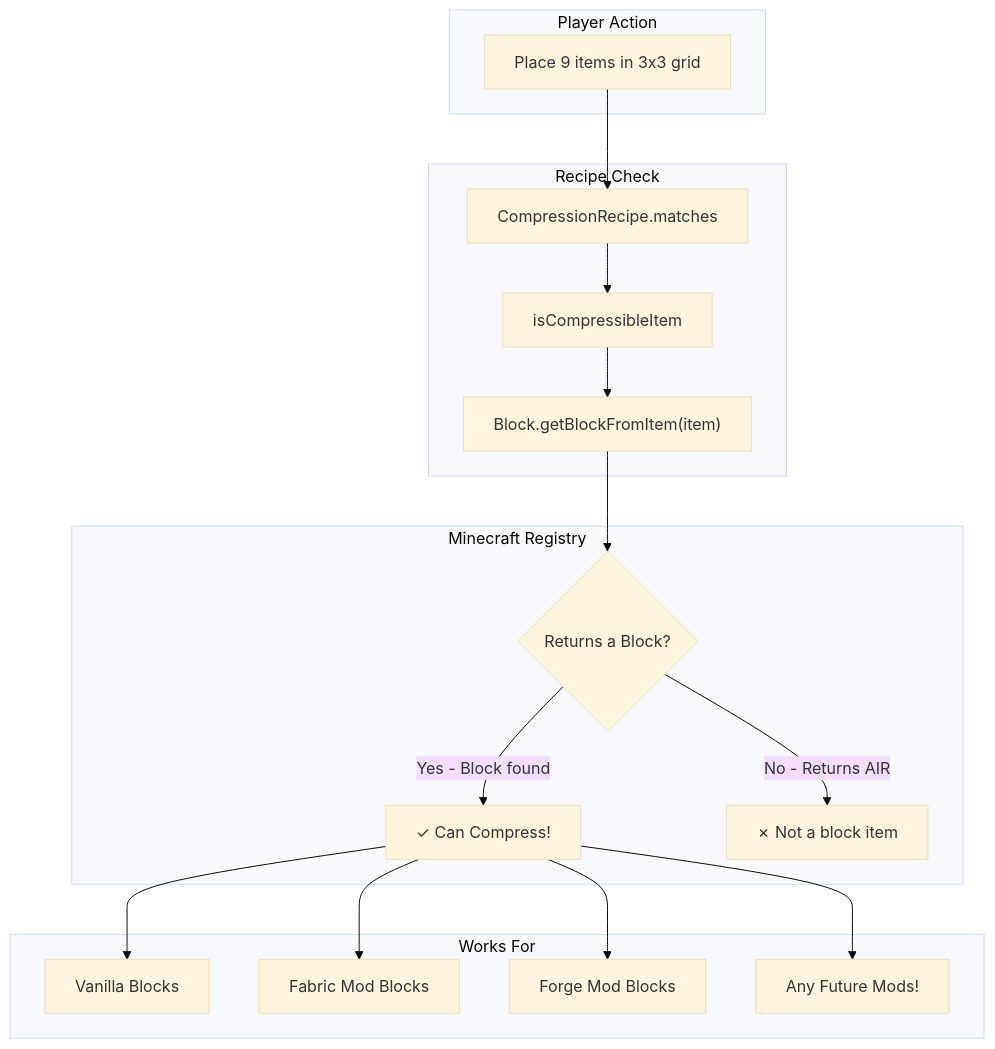
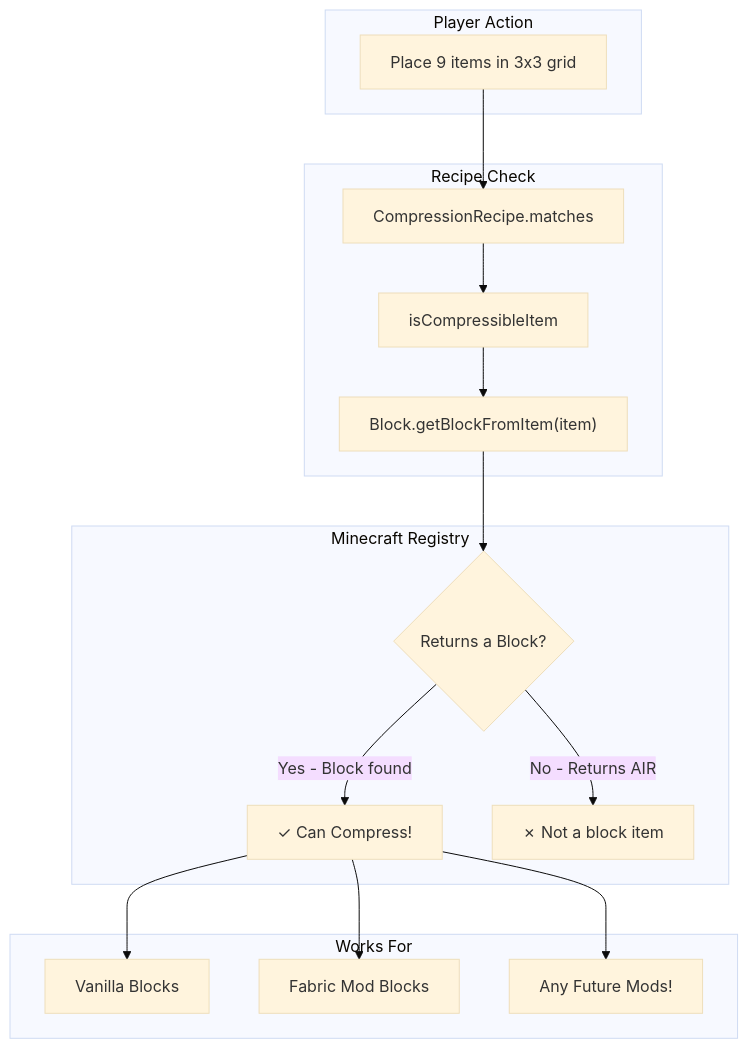
Before and after one commit to Underwood-Inc/compressy: the eighth of 9 diagrams in README.md, drawn with Mermaid (base theme). The commit also changed other lines of this file and 15 other files, not shown here.

````diff
--- a/README.md
+++ b/README.md
@@ -426,25 +356,24 @@
 ```mermaid
 graph TD
     subgraph "Player Action"
         A[Place 9 items in 3x3 grid]
     end
     
     subgraph "Recipe Check"
         A --> B[CompressionRecipe.matches]
         B --> C[isCompressibleItem]
         C --> D["Block.getBlockFromItem(item)"]
     end
     
     subgraph "Minecraft Registry"
         D --> E{Returns a Block?}
         E -->|Yes - Block found| F[✓ Can Compress!]
         E -->|No - Returns AIR| G[✗ Not a block item]
     end
     
     subgraph "Works For"
         F --> H[Vanilla Blocks]
         F --> I[Fabric Mod Blocks]
-        F --> J[Forge Mod Blocks]
-        F --> K[Any Future Mods!]
+        F --> J[Any Future Mods!]
     end
 ```
````
